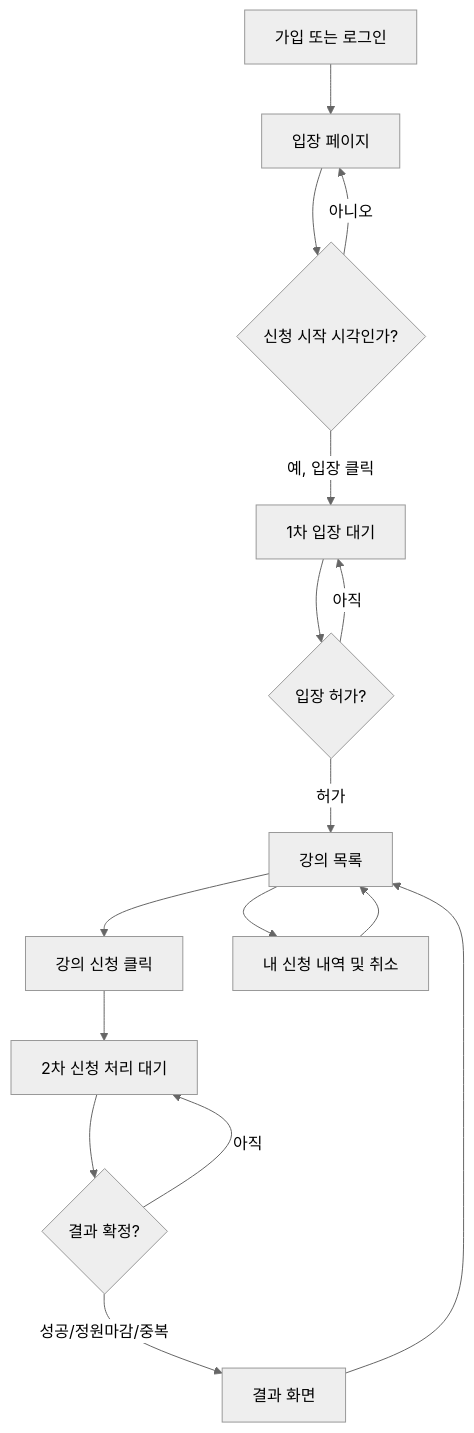
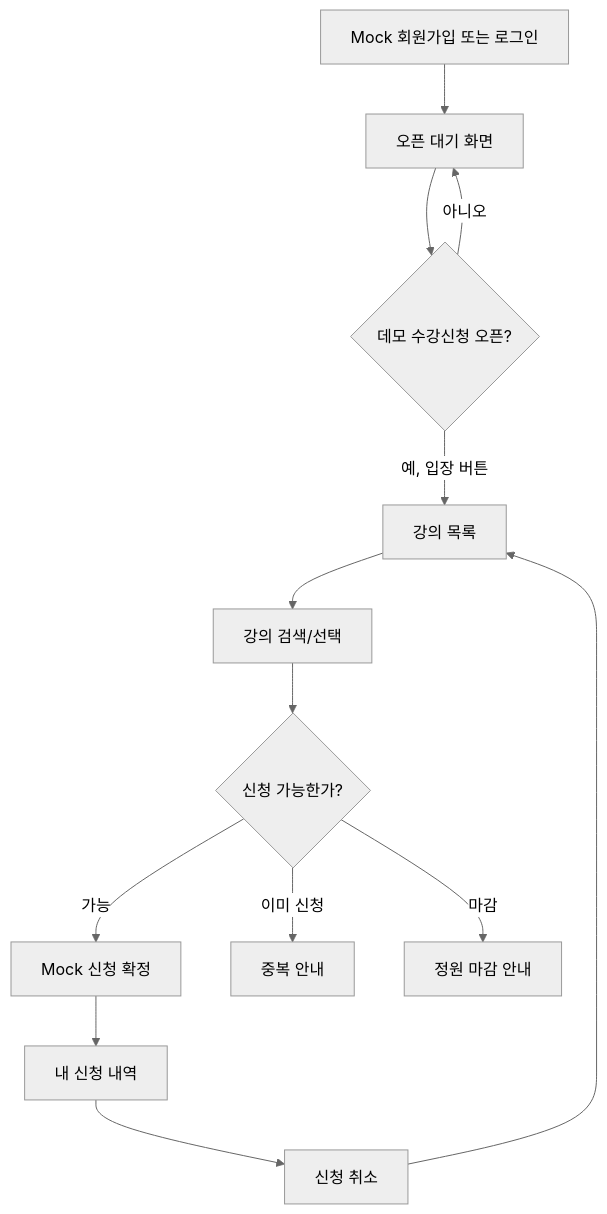
One commit to HwangChulHee/course-registration-infra changed the diagram in docs/user-flow.md. Above: the diagram before and after it, drawn with Mermaid (neutral theme). The commit also changed other lines of this file, not shown here.

````diff
--- a/docs/user-flow.md
+++ b/docs/user-flow.md
@@ -16,18 +15,15 @@
 ```mermaid
 flowchart TD
-  A[가입 또는 로그인] --> B[입장 페이지]
-  B --> C{신청 시작 시각인가?}
+  A[Mock 회원가입 또는 로그인] --> B[오픈 대기 화면]
+  B --> C{데모 수강신청 오픈?}
   C -- 아니오 --> B
-  C -- 예, 입장 클릭 --> D[1차 입장 대기]
-  D --> E{입장 허가?}
-  E -- 아직 --> D
-  E -- 허가 --> F[강의 목록]
-  F --> G[강의 신청 클릭]
-  G --> H[2차 신청 처리 대기]
-  H --> I{결과 확정?}
-  I -- 아직 --> H
-  I -- 성공/정원마감/중복 --> J[결과 화면]
-  J --> F
-  F --> K[내 신청 내역 및 취소]
-  K --> F
+  C -- 예, 입장 버튼 --> D[강의 목록]
+  D --> E[강의 검색/선택]
+  E --> F{신청 가능한가?}
+  F -- 가능 --> G[Mock 신청 확정]
+  F -- 이미 신청 --> H[중복 안내]
+  F -- 마감 --> I[정원 마감 안내]
+  G --> J[내 신청 내역]
+  J --> K[신청 취소]
+  K --> D
 ```
````
